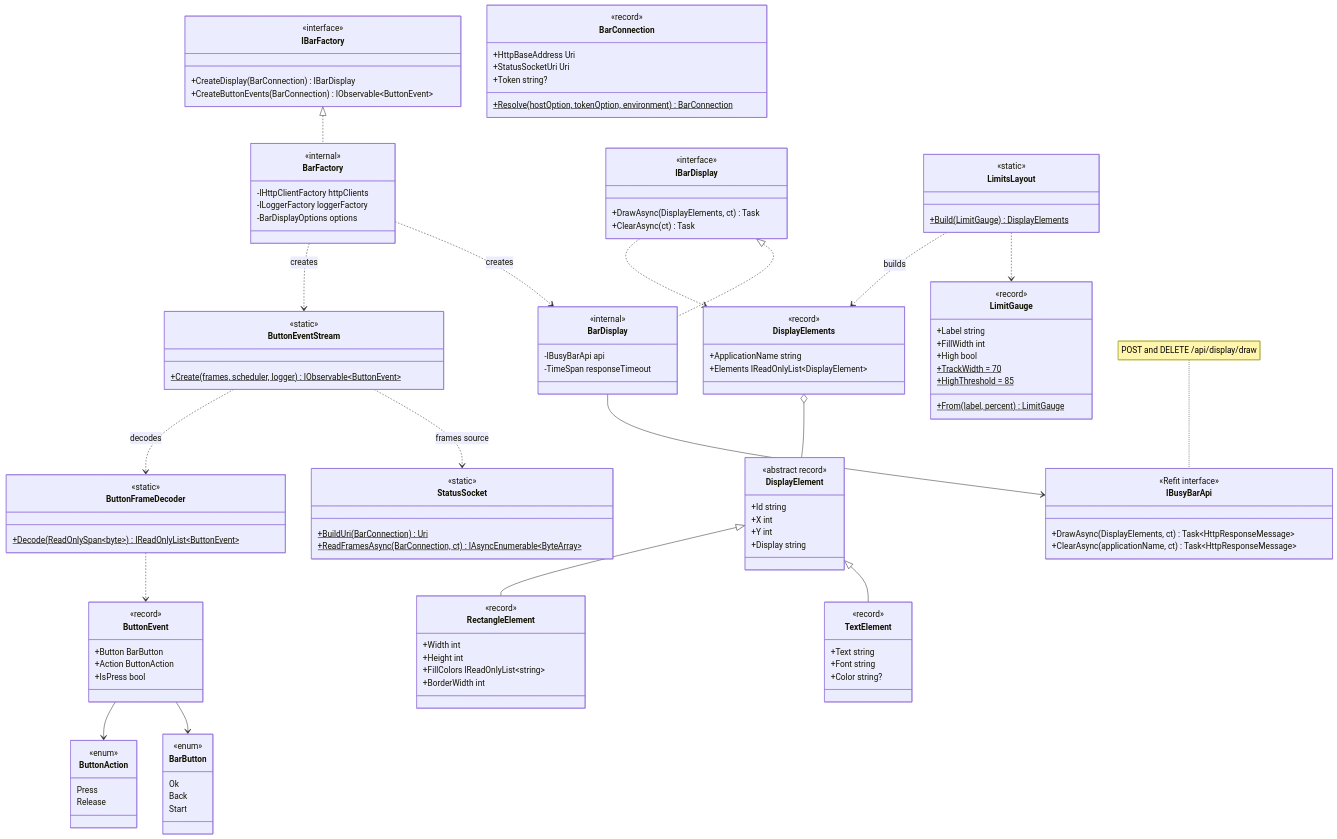
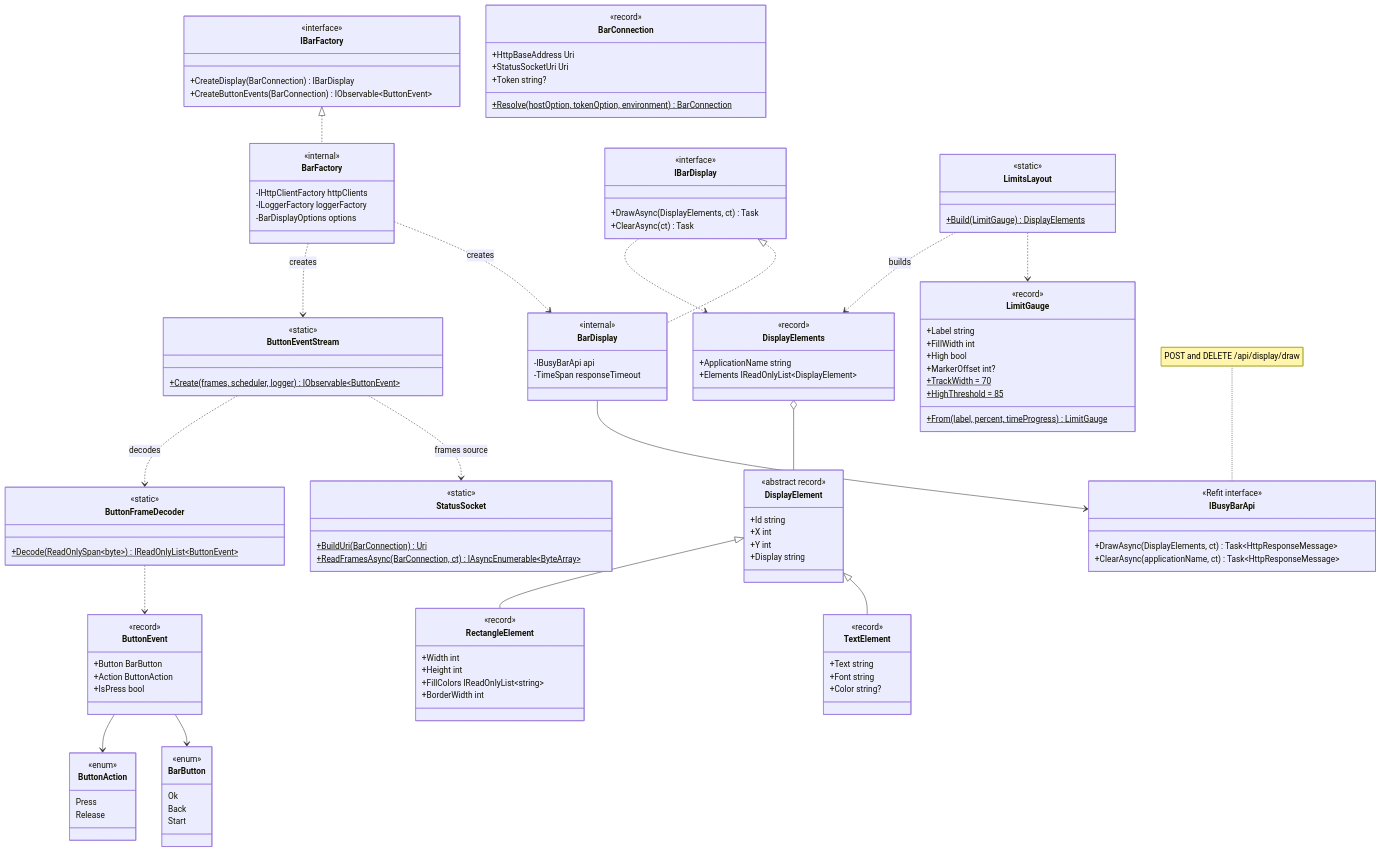
The sixth of 22 diagrams in docs/architecture.md (mb-dot-dev/busynet), drawn with Mermaid before and after one commit. The commit also changed other lines of this file and 11 other files, not shown here.

First line of the commit message:
Show elapsed window time as a marker on claude limits (#13)

```diff
--- a/docs/architecture.md
+++ b/docs/architecture.md
@@ -331,9 +331,10 @@
         +Label string
         +FillWidth int
         +High bool
+        +MarkerOffset int?
         +TrackWidth = 70$
         +HighThreshold = 85$
-        +From(label, percent)$ LimitGauge
+        +From(label, percent, timeProgress)$ LimitGauge
     }
     class LimitsLayout {
         <<static>>
```
